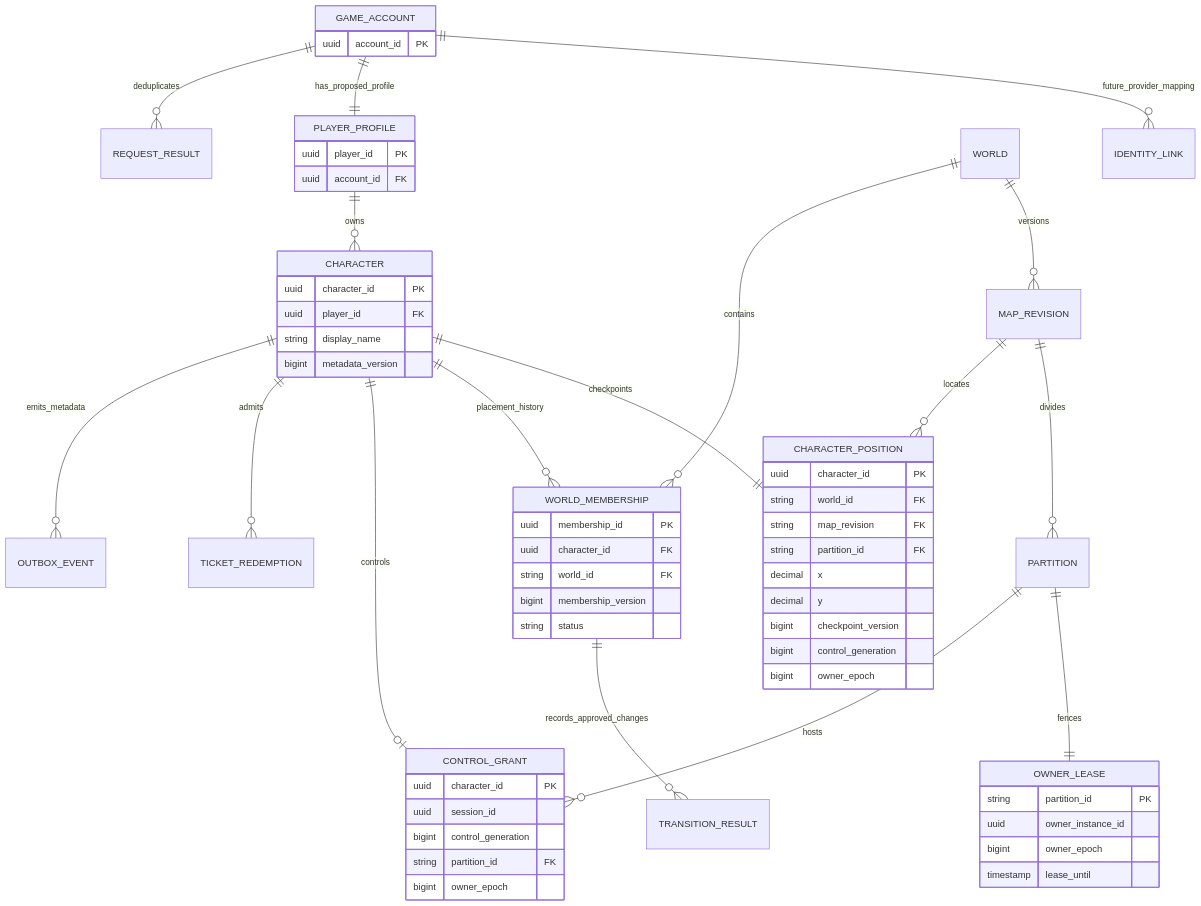
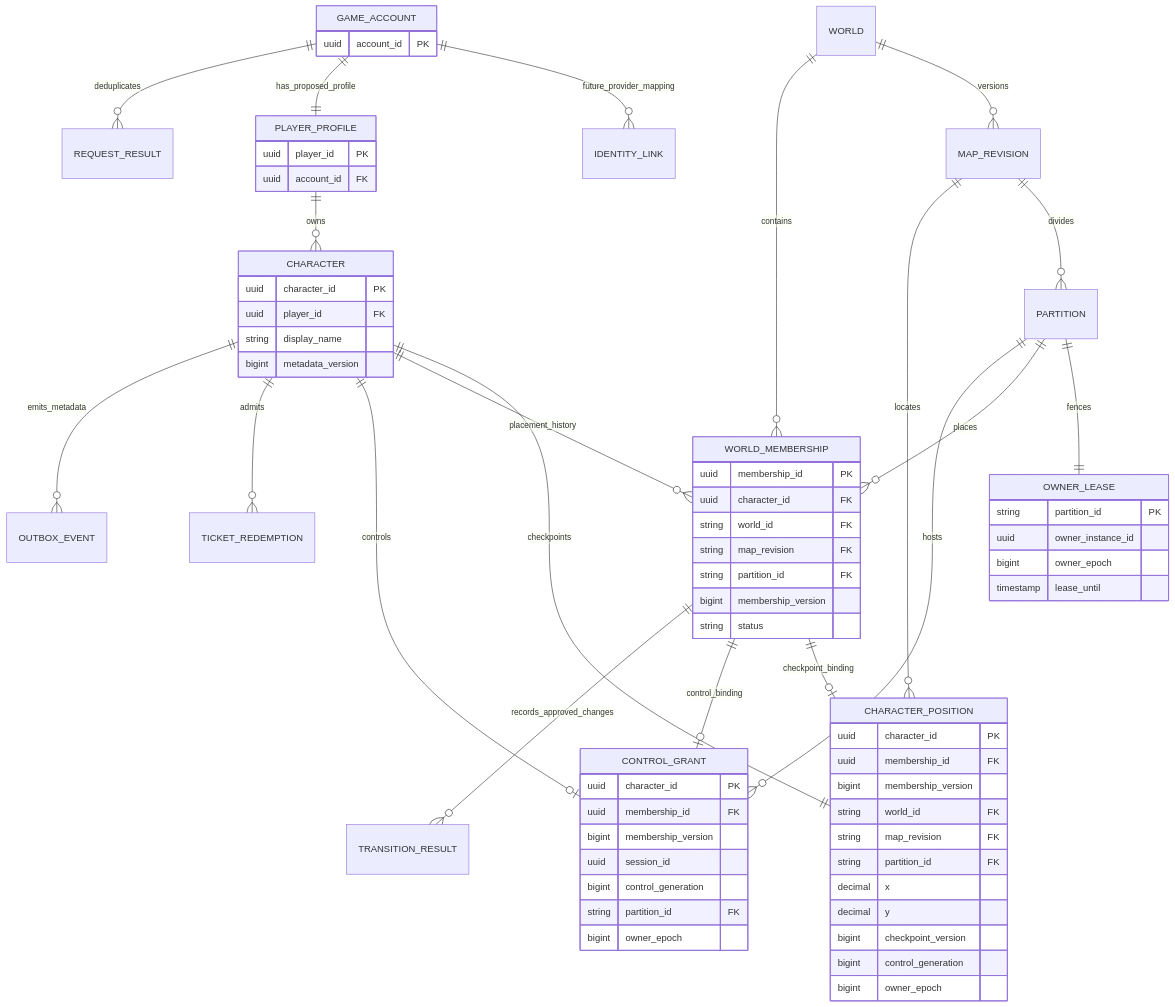
One commit to atus5/MMORPG changed the third of 4 diagrams in docs/M2_ARCHITECTURE.md. Above: the diagram before and after it, drawn with Mermaid. The commit also changed other lines of this file and 2 other files, not shown here.

Commit message:
docs(m2): align R1 architecture plan and acceptance criteria

````diff
--- a/docs/M2_ARCHITECTURE.md
+++ b/docs/M2_ARCHITECTURE.md
@@ -160,63 +173,72 @@
 ```mermaid
 erDiagram
   GAME_ACCOUNT ||--o{ IDENTITY_LINK : future_provider_mapping
   GAME_ACCOUNT ||--|| PLAYER_PROFILE : has_proposed_profile
   PLAYER_PROFILE ||--o{ CHARACTER : owns
   WORLD ||--o{ MAP_REVISION : versions
   MAP_REVISION ||--o{ PARTITION : divides
   PARTITION ||--|| OWNER_LEASE : fences
   CHARACTER ||--|| CHARACTER_POSITION : checkpoints
   CHARACTER ||--o{ WORLD_MEMBERSHIP : placement_history
   WORLD ||--o{ WORLD_MEMBERSHIP : contains
+  PARTITION ||--o{ WORLD_MEMBERSHIP : places
+  WORLD_MEMBERSHIP ||--o| CHARACTER_POSITION : checkpoint_binding
+  WORLD_MEMBERSHIP ||--o| CONTROL_GRANT : control_binding
   WORLD_MEMBERSHIP ||--o{ TRANSITION_RESULT : records_approved_changes
   CHARACTER ||--o| CONTROL_GRANT : controls
   PARTITION ||--o{ CONTROL_GRANT : hosts
   MAP_REVISION ||--o{ CHARACTER_POSITION : locates
   GAME_ACCOUNT ||--o{ REQUEST_RESULT : deduplicates
   CHARACTER ||--o{ TICKET_REDEMPTION : admits
   CHARACTER ||--o{ OUTBOX_EVENT : emits_metadata
   CHARACTER {
     uuid character_id PK
     uuid player_id FK
     string display_name
     bigint metadata_version
   }
   GAME_ACCOUNT {
     uuid account_id PK
   }
   PLAYER_PROFILE {
     uuid player_id PK
     uuid account_id FK
   }
   WORLD_MEMBERSHIP {
     uuid membership_id PK
     uuid character_id FK
     string world_id FK
+    string map_revision FK
+    string partition_id FK
     bigint membership_version
     string status
   }
   CHARACTER_POSITION {
     uuid character_id PK
+    uuid membership_id FK
+    bigint membership_version
     string world_id FK
     string map_revision FK
     string partition_id FK
     decimal x
     decimal y
     bigint checkpoint_version
     bigint control_generation
     bigint owner_epoch
   }
   CONTROL_GRANT {
     uuid character_id PK
+    uuid membership_id FK
+    bigint membership_version
     uuid session_id
     bigint control_generation
     string partition_id FK
     bigint owner_epoch
   }
   OWNER_LEASE {
     string partition_id PK
     uuid owner_instance_id
     bigint owner_epoch
     timestamp lease_until
   }
 ```
````
